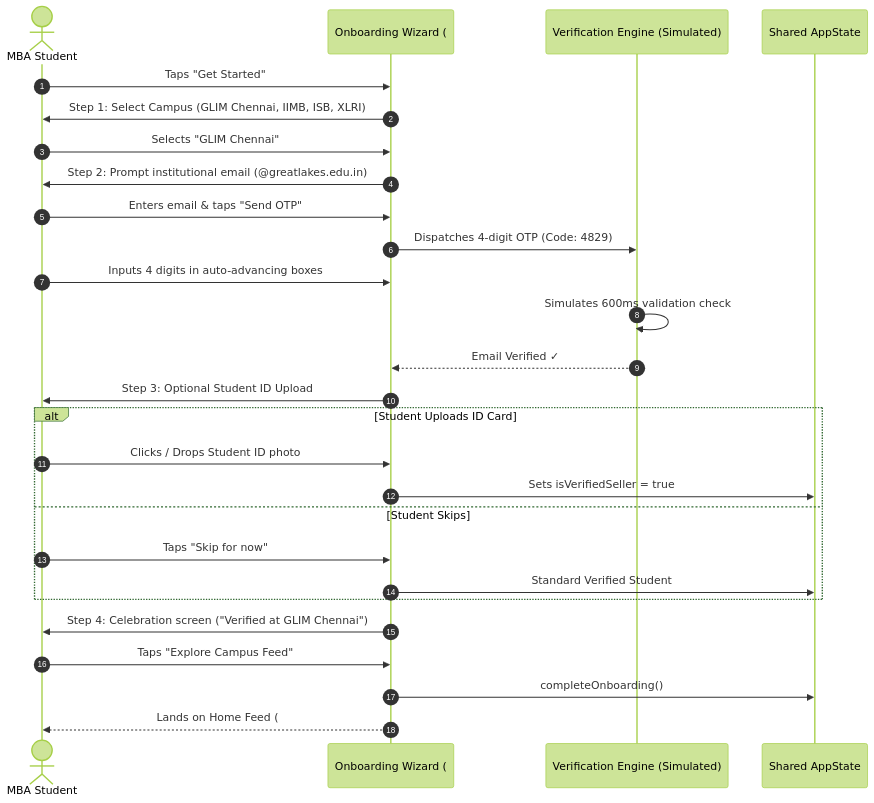
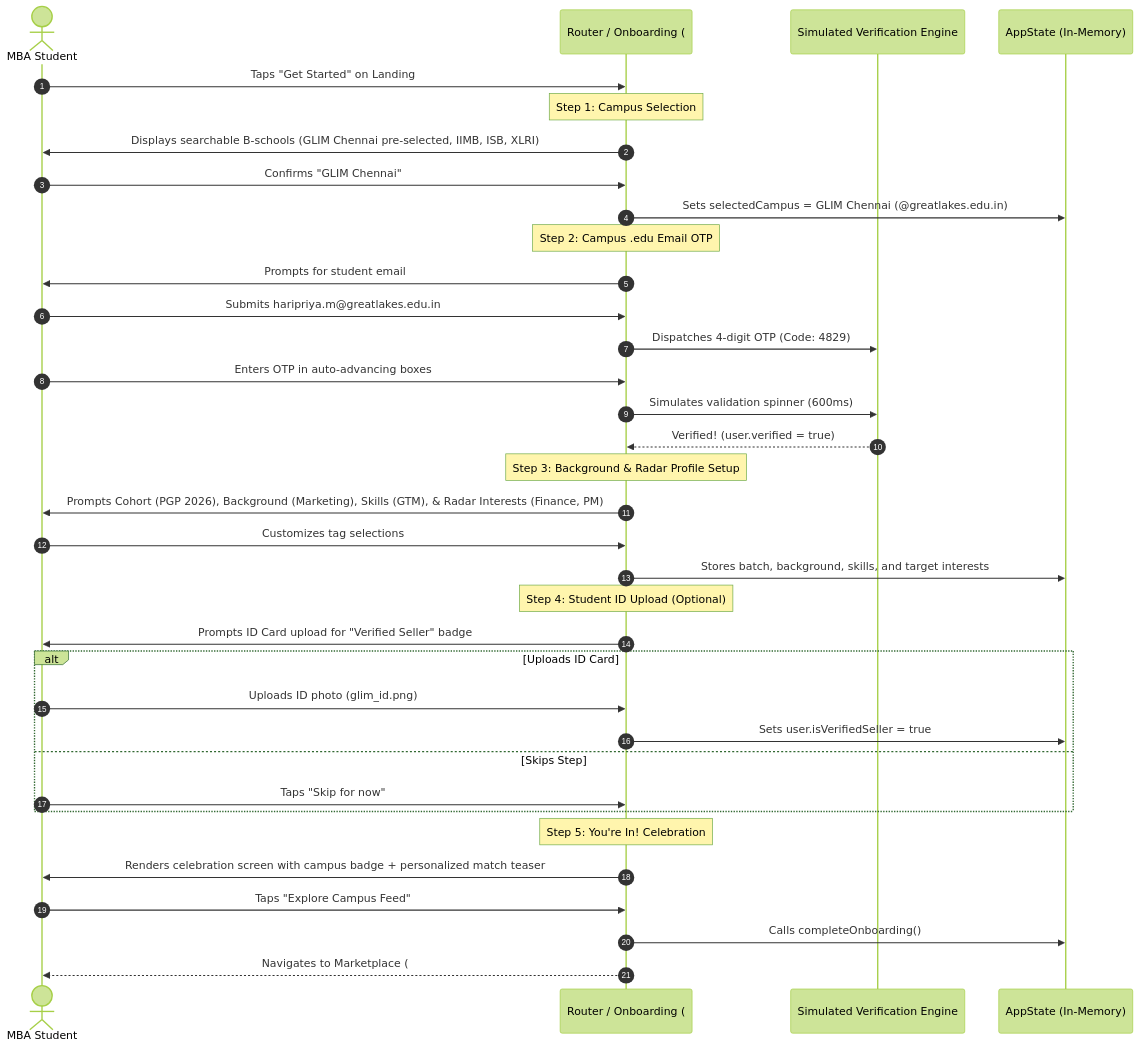
Before and after one commit to pavitrapoojary/peerly: the second of 7 diagrams in README.md, drawn with Mermaid (forest theme). The commit also changed other lines of this file and 21 other files, not shown here.

````diff
--- a/README.md
+++ b/README.md
@@ -121,30 +135,42 @@
 ```mermaid
 sequenceDiagram
     autonumber
     actor Student as MBA Student
-    participant UI as Onboarding Wizard (#/onboarding)
-    participant Verify as Verification Engine (Simulated)
-    participant State as Shared AppState
+    participant UI as Router / Onboarding (#/onboarding)
+    participant Engine as Simulated Verification Engine
+    participant State as AppState (In-Memory)
 
-    Student->>UI: Taps "Get Started"
-    UI->>Student: Step 1: Select Campus (GLIM Chennai, IIMB, ISB, XLRI)
-    Student->>UI: Selects "GLIM Chennai"
-    UI->>Student: Step 2: Prompt institutional email (@greatlakes.edu.in)
-    Student->>UI: Enters email & taps "Send OTP"
-    UI->>Verify: Dispatches 4-digit OTP (Code: 4829)
-    Student->>UI: Inputs 4 digits in auto-advancing boxes
-    Verify->>Verify: Simulates 600ms validation check
-    Verify-->>UI: Email Verified ✓
-    UI->>Student: Step 3: Optional Student ID Upload
-    alt Student Uploads ID Card
-        Student->>UI: Clicks / Drops Student ID photo
-        UI->>State: Sets isVerifiedSeller = true
-    else Student Skips
+    Student->>UI: Taps "Get Started" on Landing
+    Note over UI: Step 1: Campus Selection
+    UI->>Student: Displays searchable B-schools (GLIM Chennai pre-selected, IIMB, ISB, XLRI)
+    Student->>UI: Confirms "GLIM Chennai"
+    UI->>State: Sets selectedCampus = GLIM Chennai (@greatlakes.edu.in)
+
+    Note over UI: Step 2: Campus .edu Email OTP
+    UI->>Student: Prompts for student email
+    Student->>UI: Submits haripriya.m@greatlakes.edu.in
+    UI->>Engine: Dispatches 4-digit OTP (Code: 4829)
+    Student->>UI: Enters OTP in auto-advancing boxes
+    UI->>Engine: Simulates validation spinner (600ms)
+    Engine-->>UI: Verified! (user.verified = true)
+
+    Note over UI: Step 3: Background & Radar Profile Setup
+    UI->>Student: Prompts Cohort (PGP 2026), Background (Marketing), Skills (GTM), & Radar Interests (Finance, PM)
+    Student->>UI: Customizes tag selections
+    UI->>State: Stores batch, background, skills, and target interests
+
+    Note over UI: Step 4: Student ID Upload (Optional)
+    UI->>Student: Prompts ID Card upload for "Verified Seller" badge
+    alt Uploads ID Card
+        Student->>UI: Uploads ID photo (glim_id.png)
+        UI->>State: Sets user.isVerifiedSeller = true
+    else Skips Step
         Student->>UI: Taps "Skip for now"
-        UI->>State: Standard Verified Student
     end
-    UI->>Student: Step 4: Celebration screen ("Verified at GLIM Chennai")
+
+    Note over UI: Step 5: You're In! Celebration
+    UI->>Student: Renders celebration screen with campus badge + personalized match teaser
     Student->>UI: Taps "Explore Campus Feed"
-    UI->>State: completeOnboarding()
-    UI-->>Student: Lands on Home Feed (#/feed)
+    UI->>State: Calls completeOnboarding()
+    UI-->>Student: Navigates to Marketplace (#/feed)
 ```
````
